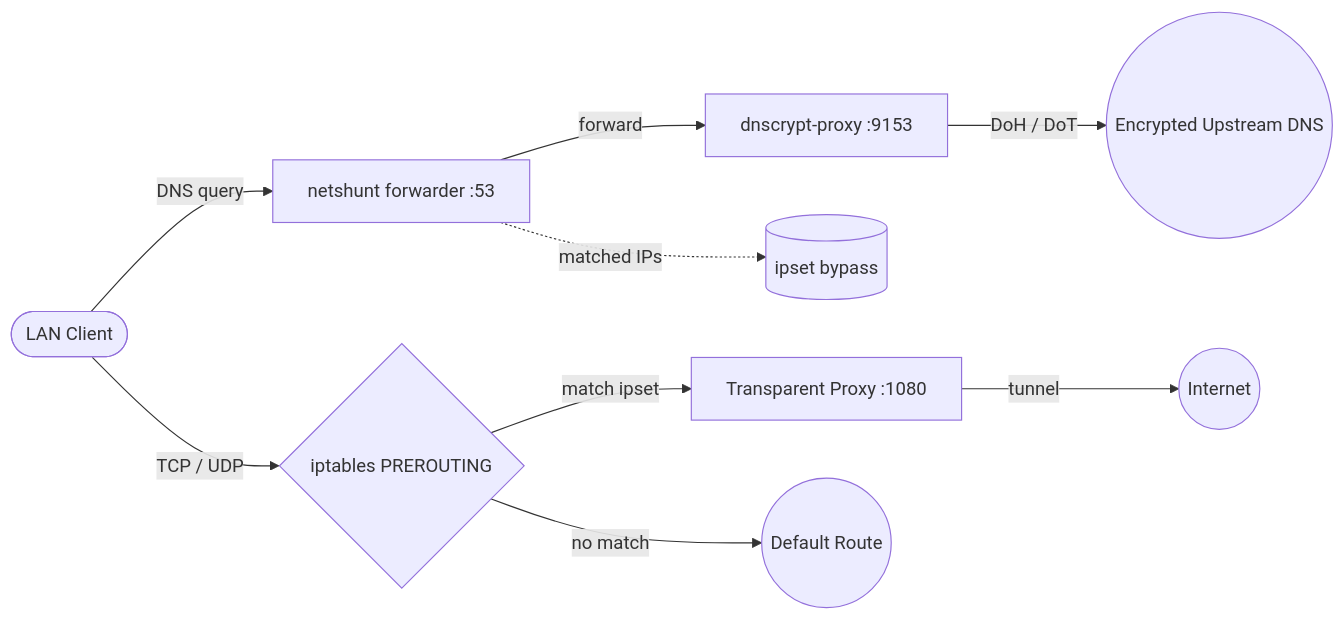
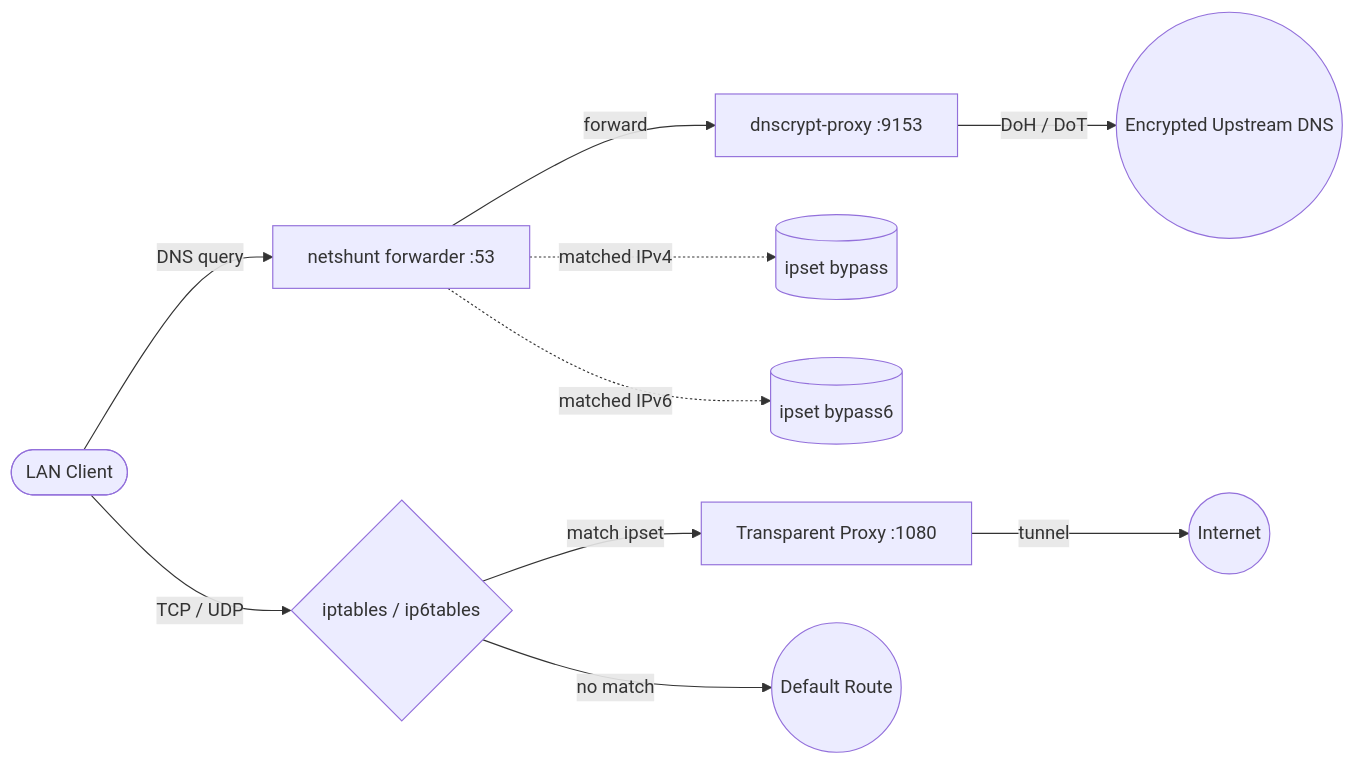
One commit to egorlepa/netshunt changed the diagram in README.md. Above: the diagram before and after it, drawn with Mermaid. The commit also changed other lines of this file and 24 other files, not shown here.

````diff
--- a/README.md
+++ b/README.md
@@ -21,13 +22,14 @@
 ```mermaid
 flowchart LR
     Client([LAN Client])
     Client -->|DNS query| forwarder[netshunt forwarder :53]
     forwarder -->|forward| dnscrypt[dnscrypt-proxy :9153]
     dnscrypt -->|DoH / DoT| upstream((Encrypted Upstream DNS))
-    forwarder -.->|matched IPs| ipset[(ipset bypass)]
+    forwarder -.->|matched IPv4| ipset4[(ipset bypass)]
+    forwarder -.->|matched IPv6| ipset6[(ipset bypass6)]
 
-    Client -->|TCP / UDP| iptables{iptables PREROUTING}
+    Client -->|TCP / UDP| iptables{iptables / ip6tables}
     iptables -->|match ipset| proxy[Transparent Proxy :1080]
     iptables -->|no match| direct((Default Route))
     proxy -->|tunnel| internet((Internet))
 ```
````
